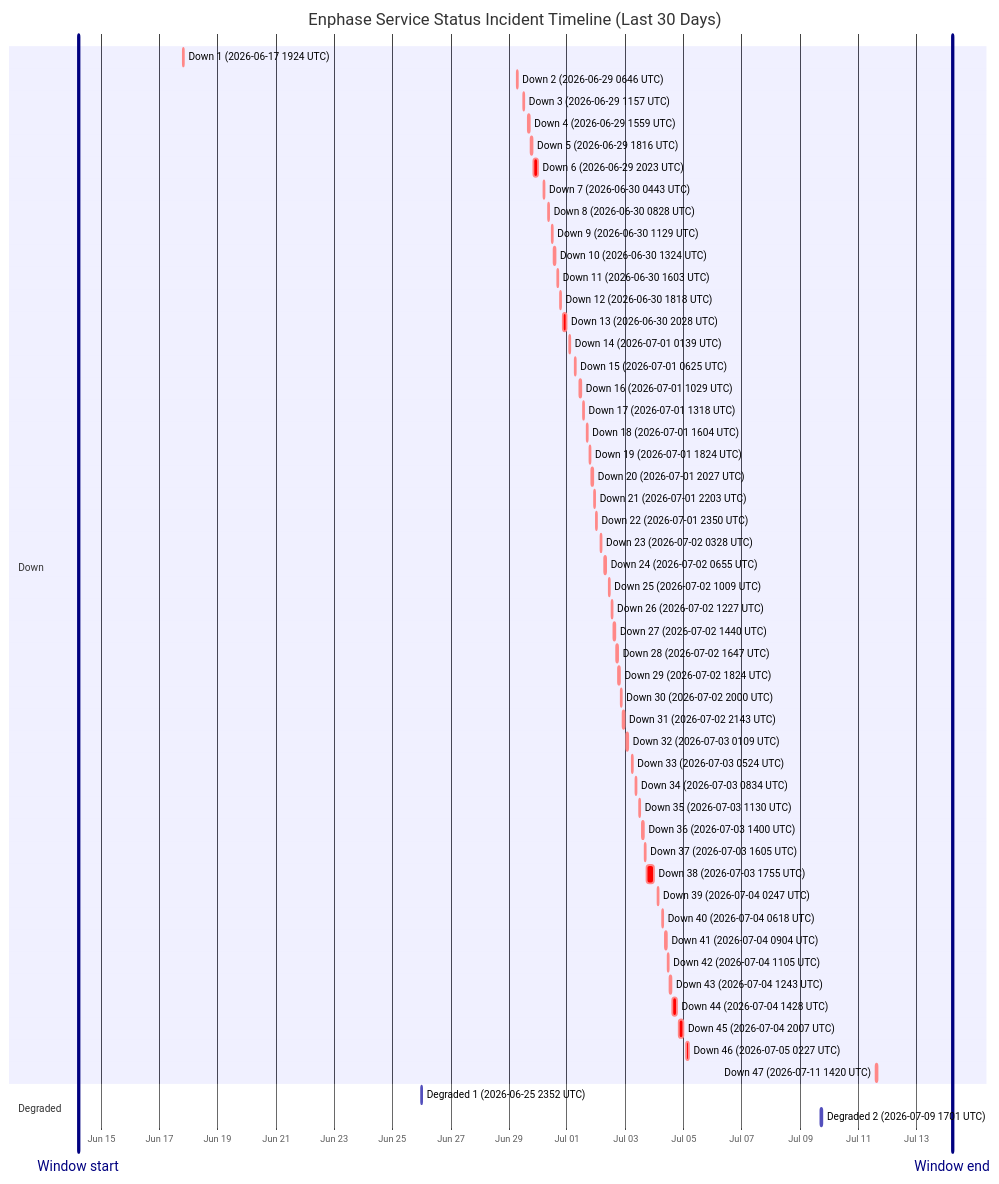
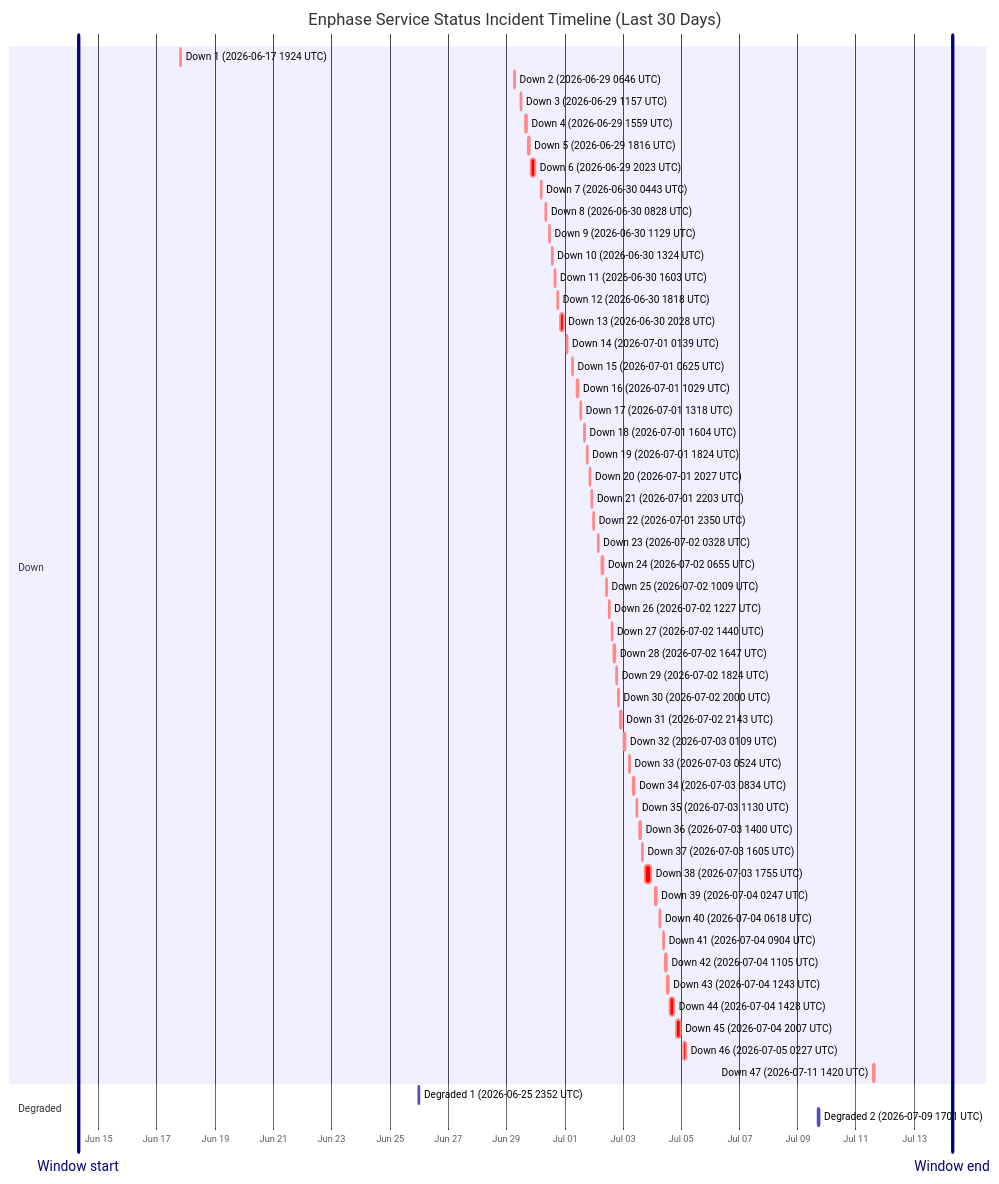
Before and after one commit to barneyonline/ha-enphase-energy: the diagram in wiki/Service-Status-History.md, drawn with Mermaid. The commit also changed other lines of this file and 3 other files, not shown here.

````diff
--- a/wiki/Service-Status-History.md
+++ b/wiki/Service-Status-History.md
@@ -14,59 +14,59 @@
 ```mermaid
 gantt
     title Enphase Service Status Incident Timeline (Last 30 Days)
     dateFormat  YYYY-MM-DDTHH:mm:ss
     axisFormat  %b %d
-    Window start :vert, window-start, 2026-06-14T05:12:58, 0ms
-    Window end :vert, window-end, 2026-07-14T05:12:58, 0ms
+    Window start :vert, window-start, 2026-06-14T07:24:20, 0ms
+    Window end :vert, window-end, 2026-07-14T07:24:20, 0ms
     section Down
     Down 1 (2026-06-17 1924 UTC) :crit, down-1, 2026-06-17T19:24:51, 60m
     Down 2 (2026-06-29 0646 UTC) :crit, down-2, 2026-06-29T06:46:18, 60m
     Down 3 (2026-06-29 1157 UTC) :crit, down-3, 2026-06-29T11:57:36, 60m
     Down 4 (2026-06-29 1559 UTC) :crit, down-4, 2026-06-29T15:59:02, 60m
     Down 5 (2026-06-29 1816 UTC) :crit, down-5, 2026-06-29T18:16:38, 60m
     Down 6 (2026-06-29 2023 UTC) :crit, down-6, 2026-06-29T20:23:16, 220m
     Down 7 (2026-06-30 0443 UTC) :crit, down-7, 2026-06-30T04:43:54, 60m
     Down 8 (2026-06-30 0828 UTC) :crit, down-8, 2026-06-30T08:28:43, 60m
     Down 9 (2026-06-30 1129 UTC) :crit, down-9, 2026-06-30T11:29:15, 60m
     Down 10 (2026-06-30 1324 UTC) :crit, down-10, 2026-06-30T13:24:25, 60m
     Down 11 (2026-06-30 1603 UTC) :crit, down-11, 2026-06-30T16:03:26, 60m
     Down 12 (2026-06-30 1818 UTC) :crit, down-12, 2026-06-30T18:18:39, 60m
     Down 13 (2026-06-30 2028 UTC) :crit, down-13, 2026-06-30T20:28:54, 171m
     Down 14 (2026-07-01 0139 UTC) :crit, down-14, 2026-07-01T01:39:18, 60m
     Down 15 (2026-07-01 0625 UTC) :crit, down-15, 2026-07-01T06:25:35, 60m
     Down 16 (2026-07-01 1029 UTC) :crit, down-16, 2026-07-01T10:29:24, 60m
     Down 17 (2026-07-01 1318 UTC) :crit, down-17, 2026-07-01T13:18:31, 60m
     Down 18 (2026-07-01 1604 UTC) :crit, down-18, 2026-07-01T16:04:29, 60m
     Down 19 (2026-07-01 1824 UTC) :crit, down-19, 2026-07-01T18:24:21, 60m
     Down 20 (2026-07-01 2027 UTC) :crit, down-20, 2026-07-01T20:27:17, 60m
     Down 21 (2026-07-01 2203 UTC) :crit, down-21, 2026-07-01T22:03:46, 60m
     Down 22 (2026-07-01 2350 UTC) :crit, down-22, 2026-07-01T23:50:52, 60m
     Down 23 (2026-07-02 0328 UTC) :crit, down-23, 2026-07-02T03:28:33, 60m
     Down 24 (2026-07-02 0655 UTC) :crit, down-24, 2026-07-02T06:55:07, 60m
     Down 25 (2026-07-02 1009 UTC) :crit, down-25, 2026-07-02T10:09:15, 60m
     Down 26 (2026-07-02 1227 UTC) :crit, down-26, 2026-07-02T12:27:49, 60m
     Down 27 (2026-07-02 1440 UTC) :crit, down-27, 2026-07-02T14:40:53, 60m
     Down 28 (2026-07-02 1647 UTC) :crit, down-28, 2026-07-02T16:47:47, 60m
     Down 29 (2026-07-02 1824 UTC) :crit, down-29, 2026-07-02T18:24:26, 60m
     Down 30 (2026-07-02 2000 UTC) :crit, down-30, 2026-07-02T20:00:57, 60m
     Down 31 (2026-07-02 2143 UTC) :crit, down-31, 2026-07-02T21:43:52, 80m
     Down 32 (2026-07-03 0109 UTC) :crit, down-32, 2026-07-03T01:09:19, 60m
     Down 33 (2026-07-03 0524 UTC) :crit, down-33, 2026-07-03T05:24:23, 60m
     Down 34 (2026-07-03 0834 UTC) :crit, down-34, 2026-07-03T08:34:05, 60m
     Down 35 (2026-07-03 1130 UTC) :crit, down-35, 2026-07-03T11:30:41, 60m
     Down 36 (2026-07-03 1400 UTC) :crit, down-36, 2026-07-03T14:00:48, 60m
     Down 37 (2026-07-03 1605 UTC) :crit, down-37, 2026-07-03T16:05:49, 60m
     Down 38 (2026-07-03 1755 UTC) :crit, down-38, 2026-07-03T17:55:54, 338m
     Down 39 (2026-07-04 0247 UTC) :crit, down-39, 2026-07-04T02:47:22, 60m
     Down 40 (2026-07-04 0618 UTC) :crit, down-40, 2026-07-04T06:18:09, 60m
     Down 41 (2026-07-04 0904 UTC) :crit, down-41, 2026-07-04T09:04:41, 60m
     Down 42 (2026-07-04 1105 UTC) :crit, down-42, 2026-07-04T11:05:21, 60m
     Down 43 (2026-07-04 1243 UTC) :crit, down-43, 2026-07-04T12:43:25, 60m
     Down 44 (2026-07-04 1428 UTC) :crit, down-44, 2026-07-04T14:28:07, 243m
     Down 45 (2026-07-04 2007 UTC) :crit, down-45, 2026-07-04T20:07:50, 206m
     Down 46 (2026-07-05 0227 UTC) :crit, down-46, 2026-07-05T02:27:32, 109m
     Down 47 (2026-07-11 1420 UTC) :crit, down-47, 2026-07-11T14:20:54, 69m
     section Degraded
     Degraded 1 (2026-06-25 2352 UTC) :active, degraded-1, 2026-06-25T23:52:01, 60m
     Degraded 2 (2026-07-09 1701 UTC) :active, degraded-2, 2026-07-09T17:01:02, 60m
 ```
````
